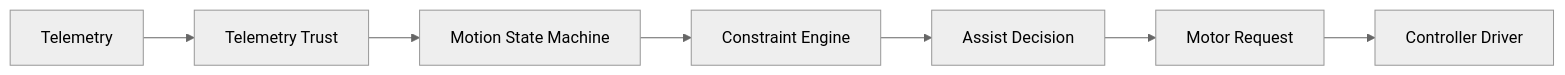
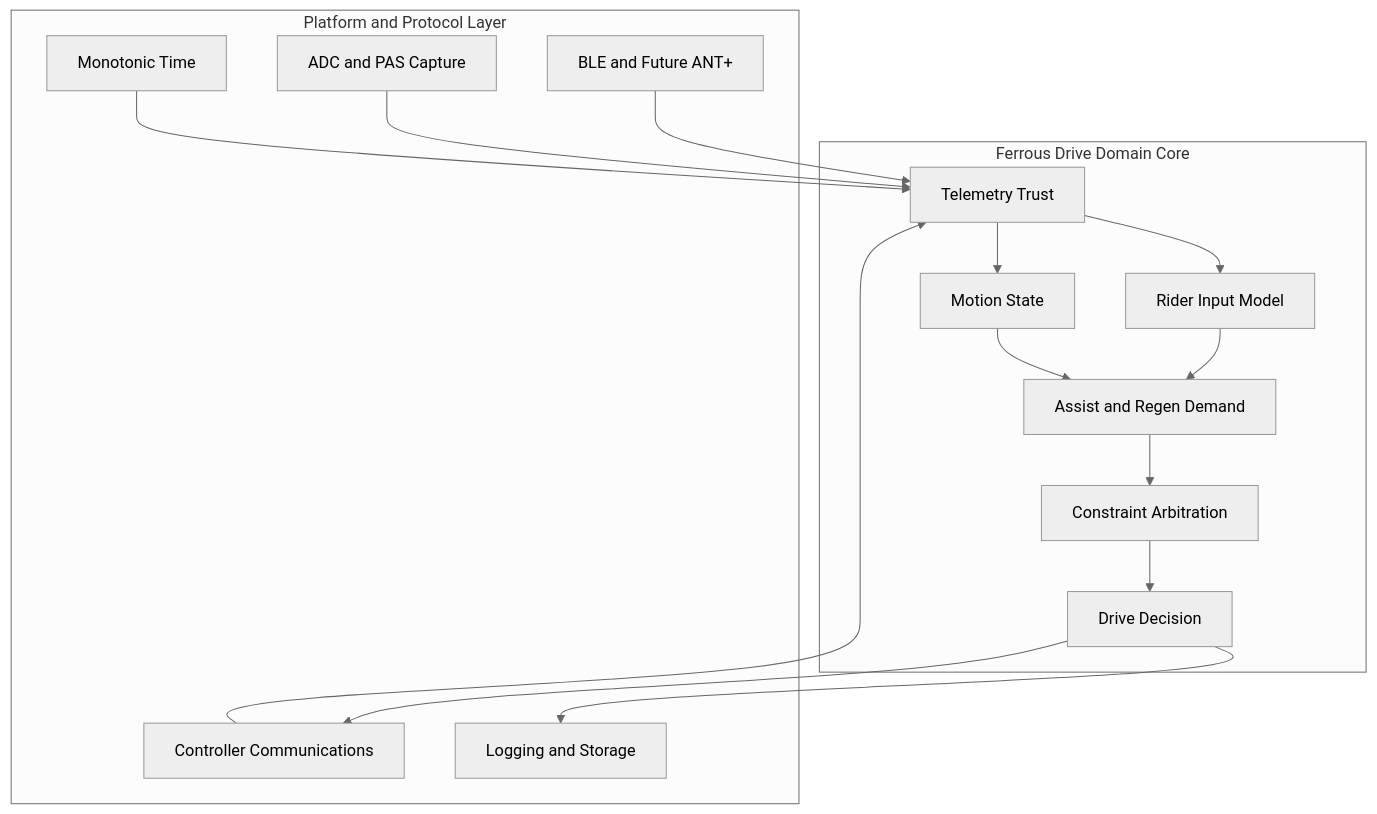
Before and after one commit to tspreck/ferrous-drive: the second of 15 diagrams in docs/architecture.md, drawn with Mermaid (neutral theme). The commit also changed other lines of this file, not shown here.

First line of the commit message:
Revise architecture.md for clarity and updates

````diff
--- a/docs/architecture.md
+++ b/docs/architecture.md
@@ -123,18 +278,34 @@
 ```mermaid
-flowchart LR
+flowchart TB
+    subgraph Platform["Platform and Protocol Layer"]
+        Wireless[BLE and Future ANT+]
+        Analog[ADC and PAS Capture]
+        Serial[Controller Communications]
+        Time[Monotonic Time]
+        Logging[Logging and Storage]
+    end
 
-    Telemetry[Telemetry]
-    Trust[Telemetry Trust]
-    State[Motion State Machine]
-    Constraints[Constraint Engine]
-    Decision[Assist Decision]
-    Request[Motor Request]
-    Driver[Controller Driver]
+    subgraph Domain["Ferrous Drive Domain Core"]
+        Trust[Telemetry Trust]
+        Rider[Rider Input Model]
+        Motion[Motion State]
+        Demand[Assist and Regen Demand]
+        Constraints[Constraint Arbitration]
+        Decision[Drive Decision]
+    end
 
-    Telemetry --> Trust
-    Trust --> State
-    State --> Constraints
+    Wireless --> Trust
+    Analog --> Trust
+    Serial --> Trust
+    Time --> Trust
+
+    Trust --> Rider
+    Trust --> Motion
+    Rider --> Demand
+    Motion --> Demand
+    Demand --> Constraints
     Constraints --> Decision
-    Decision --> Request
-    Request --> Driver
+
+    Decision --> Serial
+    Decision --> Logging
 ```
````
